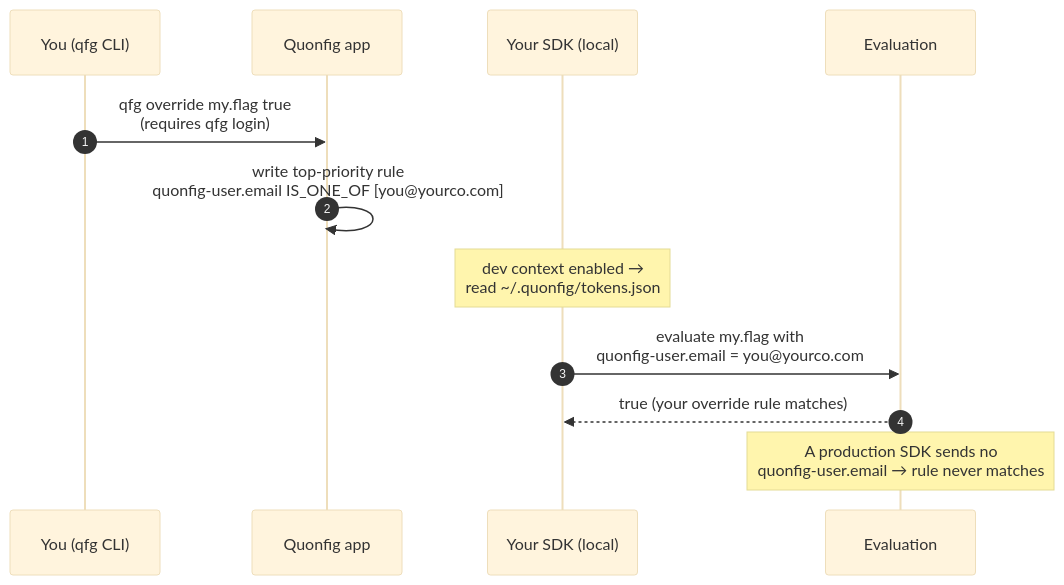
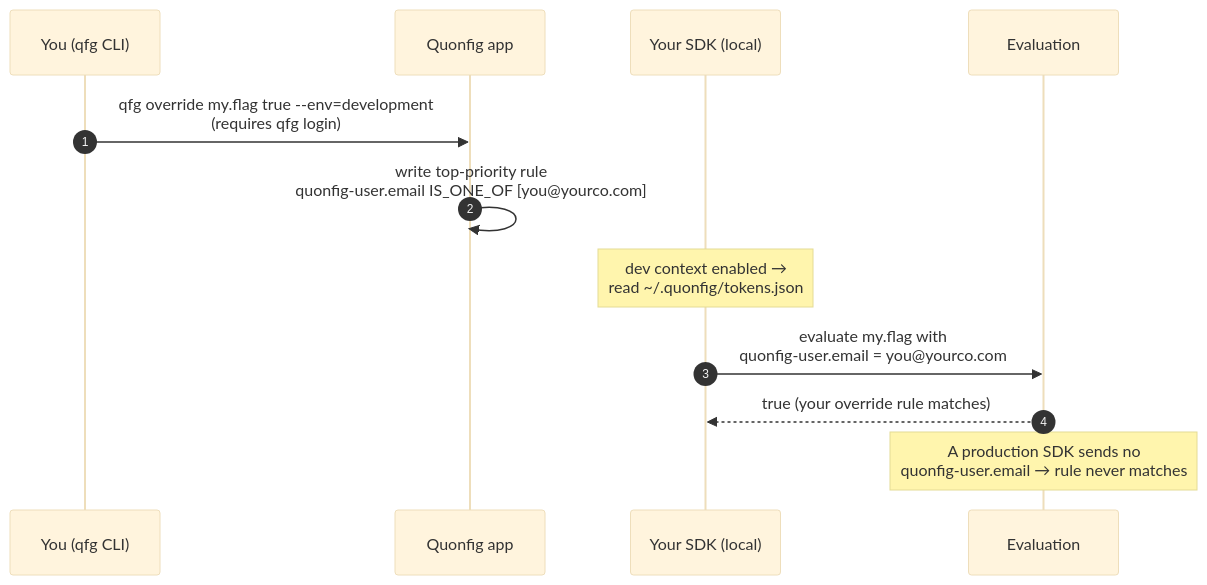
The diagram in docs/explanations/features/personal-overrides.md (quonfig/docs), drawn with Mermaid (base theme) before and after one commit. The commit also changed other lines of this file and 10 other files, not shown here.

````diff
--- a/docs/explanations/features/personal-overrides.md
+++ b/docs/explanations/features/personal-overrides.md
@@ -42,15 +47,15 @@
 ```mermaid
 sequenceDiagram
   autonumber
   participant You as You (qfg CLI)
   participant AQ as Quonfig app
   participant SDK as Your SDK (local)
   participant Eval as Evaluation
 
-  You->>AQ: qfg override my.flag true<br/>(requires qfg login)
+  You->>AQ: qfg override my.flag true --env=development<br/>(requires qfg login)
   AQ->>AQ: write top-priority rule<br/>quonfig-user.email IS_ONE_OF [you@yourco.com]
   Note over SDK: dev context enabled →<br/>read ~/.quonfig/tokens.json
   SDK->>Eval: evaluate my.flag with<br/>quonfig-user.email = you@yourco.com
   Eval-->>SDK: true  (your override rule matches)
   Note over Eval: A production SDK sends no<br/>quonfig-user.email → rule never matches
 ```
````
